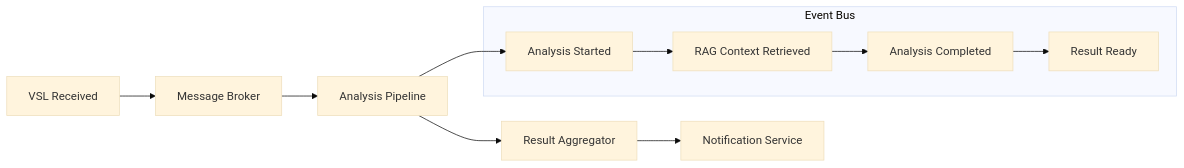
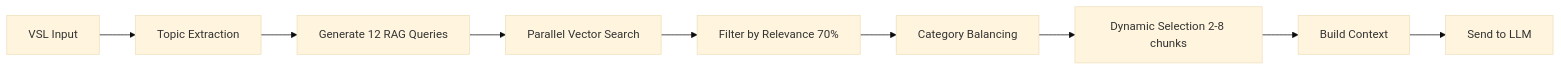
The third of 3 diagrams in VITASCIENCE_DELIVERY/docs/ARCHITECTURE.md (DiegoSouzadsp/vitascience-eugene-ai), drawn with Mermaid (base theme) before and after one commit. The commit also changed other lines of this file and 1 other file, not shown here.

````diff
--- a/VITASCIENCE_DELIVERY/docs/ARCHITECTURE.md
+++ b/VITASCIENCE_DELIVERY/docs/ARCHITECTURE.md
@@ -617,19 +179,11 @@
 ```mermaid
 graph LR
-    A[VSL Received] --> B[Message Broker]
-    B --> C[Analysis Pipeline]
-    C --> D[Result Aggregator]
-    D --> E[Notification Service]
-
-    subgraph "Event Bus"
-        F[Analysis Started]
-        G[RAG Context Retrieved]
-        H[Analysis Completed]
-        I[Result Ready]
-    end
-
-    C --> F
-    F --> G
-    G --> H
-    H --> I
+    A[VSL Input] --> B[Topic Extraction]
+    B --> C[Generate 12 RAG Queries]
+    C --> D[Parallel Vector Search]
+    D --> E[Filter by Relevance 70%]
+    E --> F[Category Balancing]
+    F --> G[Dynamic Selection 2-8 chunks]
+    G --> H[Build Context]
+    H --> I[Send to LLM]
 ```
````
